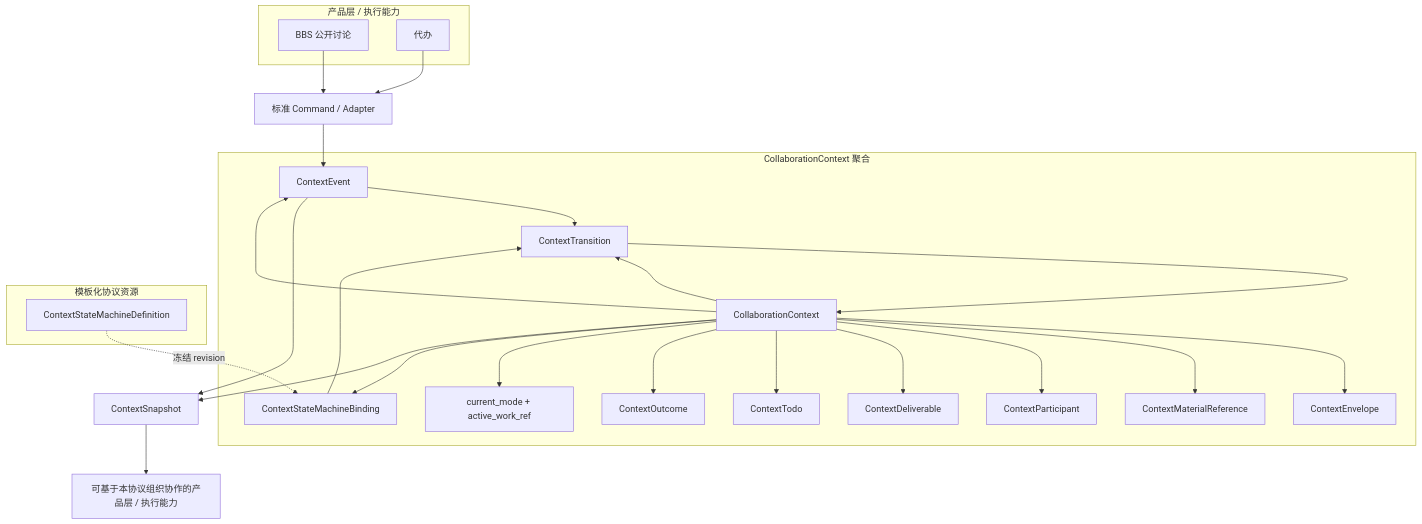
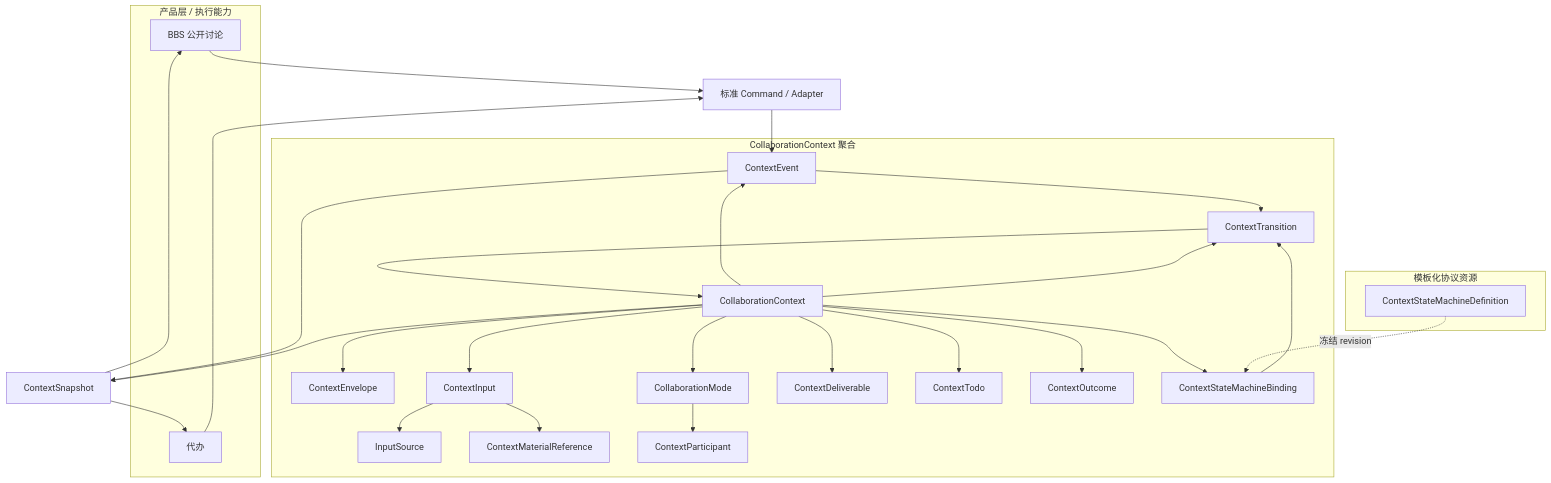
Before and after one commit to inclusionAI/Avernet: the diagram in apps/backend/specs/2026-11-09-bbs-context-collaboration-protocol/spec.md, drawn with Mermaid. The commit also changed other lines of this file, not shown here.

Commit message:
add bbs context collaboration protocol sepc

````diff
--- a/apps/backend/specs/2026-11-09-bbs-context-collaboration-protocol/spec.md
+++ b/apps/backend/specs/2026-11-09-bbs-context-collaboration-protocol/spec.md
@@ -117,52 +120,56 @@
 ```mermaid
 flowchart TB
   subgraph Products["产品层 / 执行能力"]
     bbsDiscussion["BBS 公开讨论"]
     todoScenario["代办"]
   end
 
   subgraph Context["CollaborationContext 聚合"]
     root["CollaborationContext"]
     envelope["ContextEnvelope"]
+    contextInput["ContextInput"]
+    inputSource["InputSource"]
     material["ContextMaterialReference"]
+    collaborationMode["CollaborationMode"]
     participant["ContextParticipant"]
     deliverable["ContextDeliverable"]
     todo["ContextTodo"]
     outcome["ContextOutcome"]
     event["ContextEvent"]
     transition["ContextTransition"]
-    mode["current_mode + active_work_ref"]
     stateBinding["ContextStateMachineBinding"]
   end
 
   subgraph Contract["模板化协议资源"]
     stateDef["ContextStateMachineDefinition"]
   end
 
   adapter["标准 Command / Adapter"]
   snapshot["ContextSnapshot"]
-  product["可基于本协议组织协作的产品层 / 执行能力"]
 
   bbsDiscussion --> adapter
   todoScenario --> adapter
+  adapter --> event
 
-  adapter --> event
   root --> envelope
-  root --> material
-  root --> participant
+  root --> contextInput
+  contextInput --> inputSource
+  contextInput --> material
+  root --> collaborationMode
+  collaborationMode --> participant
   root --> deliverable
   root --> todo
   root --> outcome
   root --> event
   root --> transition
-  root --> mode
   root --> stateBinding
 
   stateDef -. 冻结 revision .-> stateBinding
   stateBinding --> transition
   event --> transition
   transition --> root
   event --> snapshot
   root --> snapshot
-  snapshot --> product
+  snapshot --> bbsDiscussion
+  snapshot --> todoScenario
 ```
````
